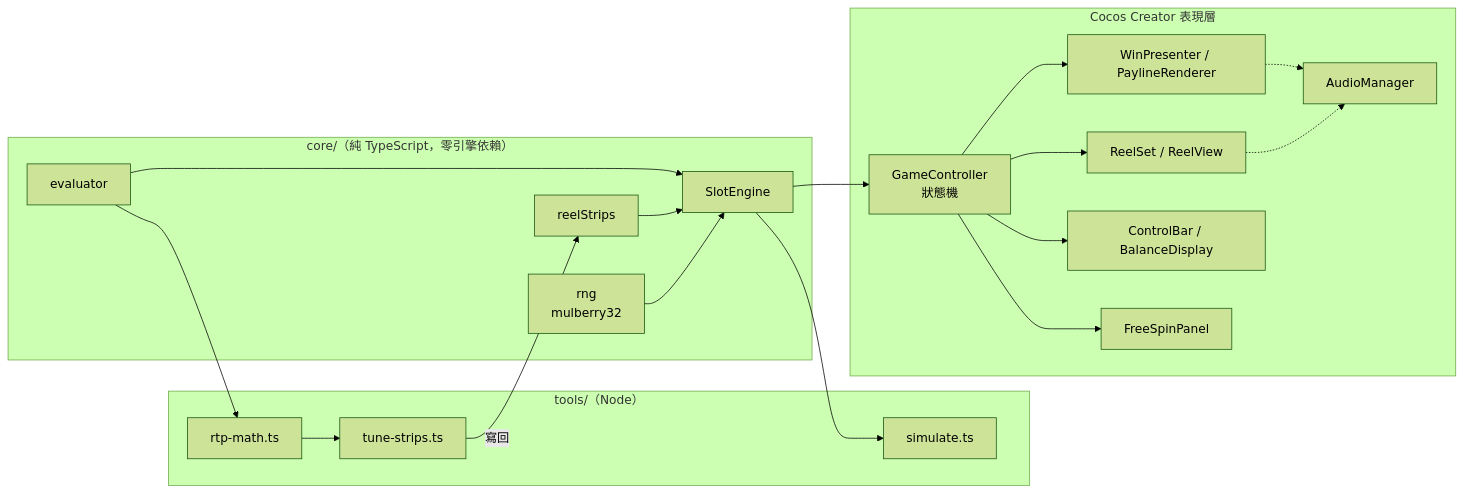
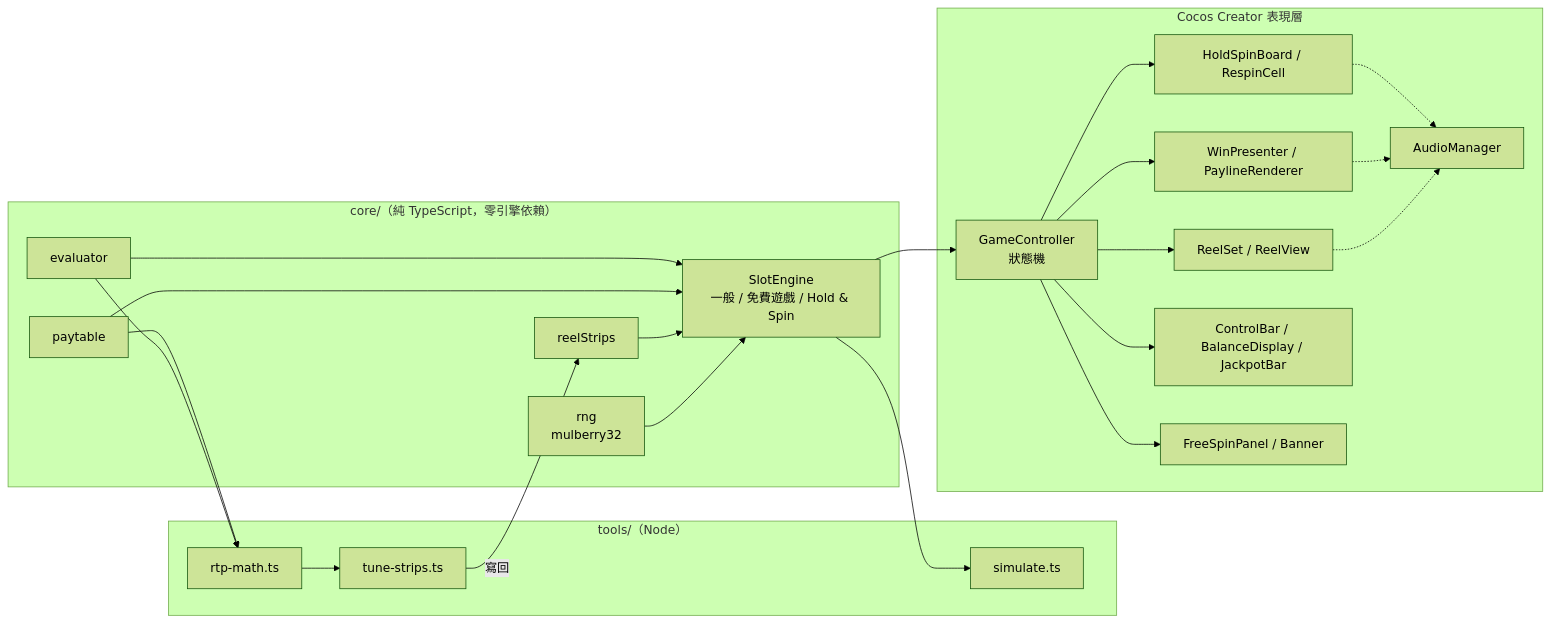
Before and after one commit to HayaoGai/Slot-Game: the first of 2 diagrams in README.md, drawn with Mermaid (forest theme). The commit also changed other lines of this file and 56 other files, not shown here.

First line of the commit message:
feat(v0.0.16): 新增 BONUS 符號、Hold & Spin 與固定倍數 Jackpot

````diff
--- a/README.md
+++ b/README.md
@@ -148,39 +193,45 @@
 ```mermaid
 flowchart LR
     subgraph core["core/（純 TypeScript，零引擎依賴）"]
         rng[rng<br/>mulberry32]
         strips[reelStrips]
+        pay[paytable]
         eval[evaluator]
-        engine[SlotEngine]
+        engine[SlotEngine<br/>一般 / 免費遊戲 / Hold & Spin]
         rng --> engine
         strips --> engine
+        pay --> engine
         eval --> engine
     end
 
     subgraph tools["tools/（Node）"]
         sim[simulate.ts]
         tune[tune-strips.ts]
         math[rtp-math.ts]
     end
 
     subgraph game["Cocos Creator 表現層"]
         gc[GameController<br/>狀態機]
         reels[ReelSet / ReelView]
         win[WinPresenter / PaylineRenderer]
-        ui[ControlBar / BalanceDisplay]
-        fs[FreeSpinPanel]
+        hold[HoldSpinBoard / RespinCell]
+        ui[ControlBar / BalanceDisplay / JackpotBar]
+        fs[FreeSpinPanel / Banner]
         audio[AudioManager]
     end
 
     engine --> sim
     eval --> math
+    pay --> math
     math --> tune
     tune -->|寫回| strips
     engine --> gc
     gc --> reels
     gc --> win
+    gc --> hold
     gc --> ui
     gc --> fs
     reels -.-> audio
     win -.-> audio
+    hold -.-> audio
 ```
````
